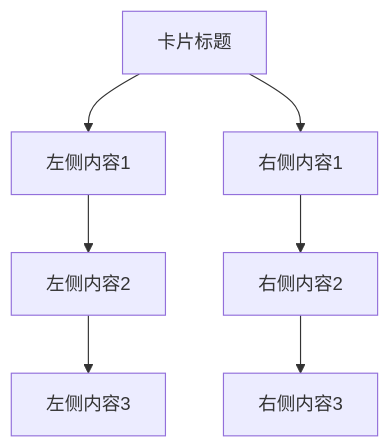
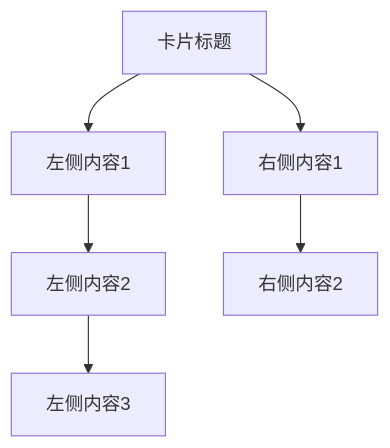
The first of 6 diagrams in content/posts/卡片笔记.md (zmtn/zmt), drawn with Mermaid before and after one commit. The commit also changed 3 other files, not shown here.

````diff
--- a/content/posts/卡片笔记.md
+++ b/content/posts/卡片笔记.md
@@ -13,9 +13,8 @@
-```mermaid
+{{< mermaid >}}
 graph TD
     A[卡片标题] --> B1[左侧内容1]
     A --> B2[右侧内容1]
     B1 --> C1[左侧内容2]
     B2 --> C2[右侧内容2]
     C1 --> D1[左侧内容3]
-    C2 --> D2[右侧内容3]
-```
+{{< /mermaid >}}
````
